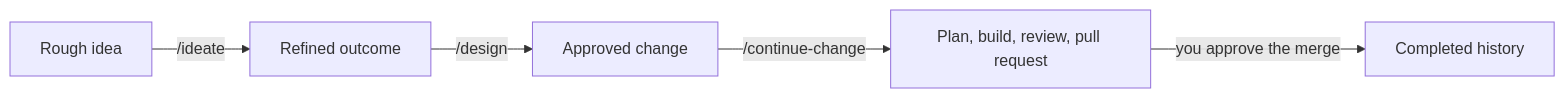
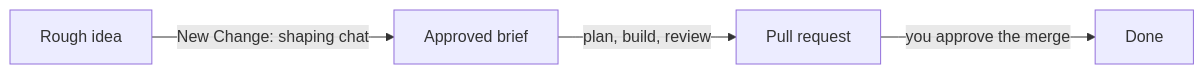
The diagram in README-consumer.md (maba-pag/owlbear), drawn with Mermaid before and after one commit. The commit also changed other lines of this file and 87 other files, not shown here.

````diff
--- a/README-consumer.md
+++ b/README-consumer.md
@@ -24,7 +20,6 @@
 ```mermaid
 flowchart LR
-    A[Rough idea] -->|/ideate| B[Refined outcome]
-    B -->|/design| C[Approved change]
-    C -->|/continue-change| D[Plan, build, review, pull request]
-    D -->|you approve the merge| E[Completed history]
+    A[Rough idea] -->|New Change: shaping chat| B[Approved brief]
+    B -->|plan, build, review| C[Pull request]
+    C -->|you approve the merge| D[Done]
 ```
````
